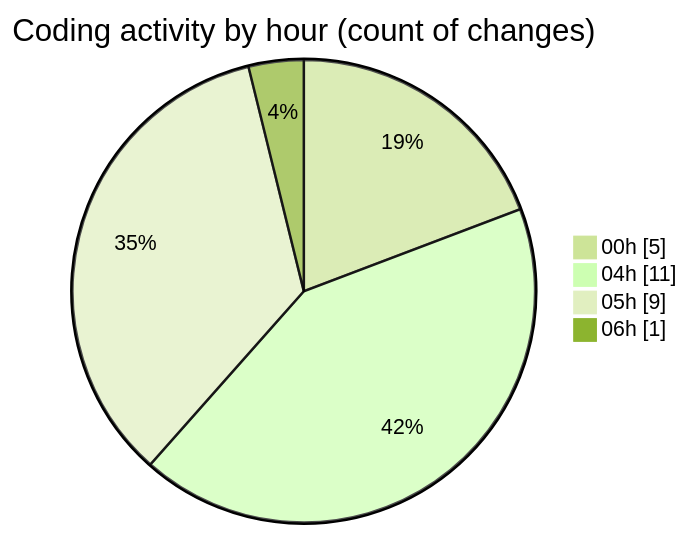
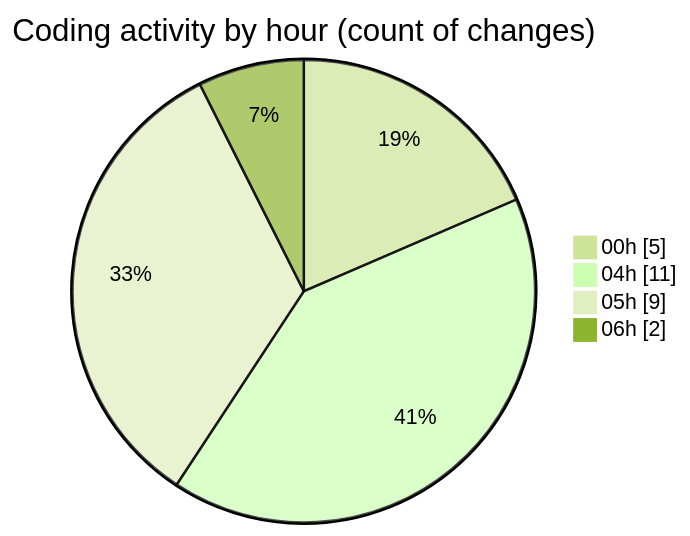
One commit to idhammustaqopulfikri/code-tracking changed the second of 2 diagrams in 2025-03-28/autodidak/README.md. Above: the diagram before and after it, drawn with Mermaid (forest theme). The commit also changed other lines of this file and 1 other file, not shown here.

````diff
--- a/2025-03-28/autodidak/README.md
+++ b/2025-03-28/autodidak/README.md
@@ -34,8 +35,8 @@
 ```mermaid
 pie showData
 title Coding activity by hour (count of changes)
 "00h" : 5
 "04h" : 11
 "05h" : 9
-"06h" : 1
+"06h" : 2
 ```
````
